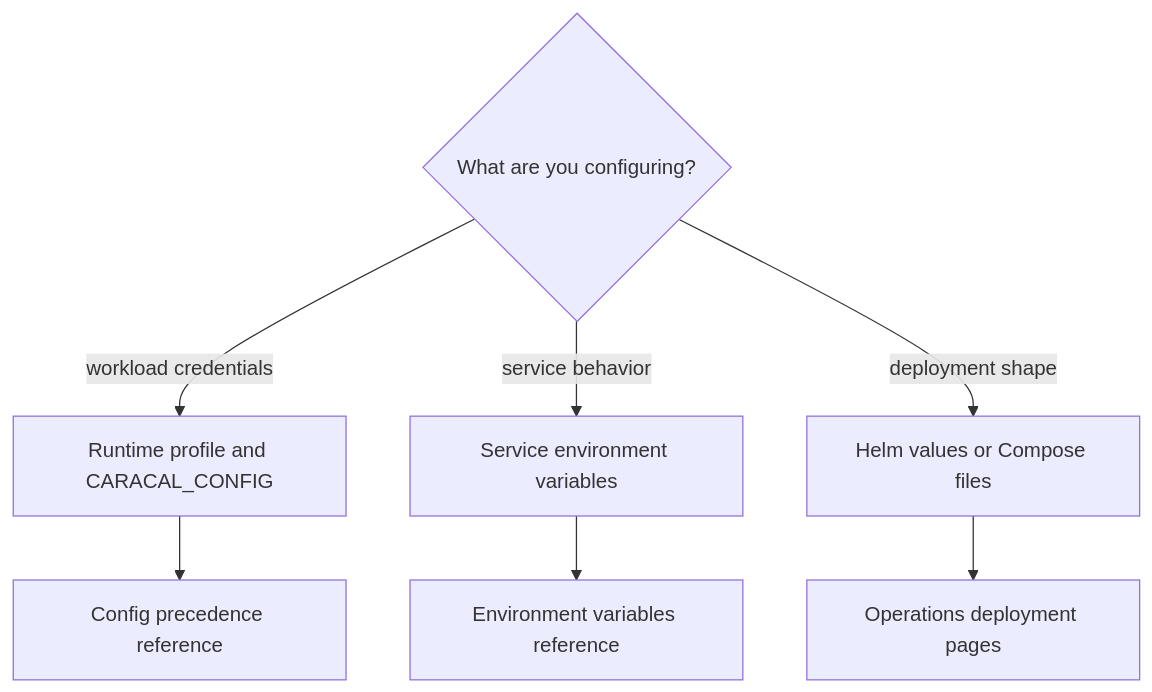
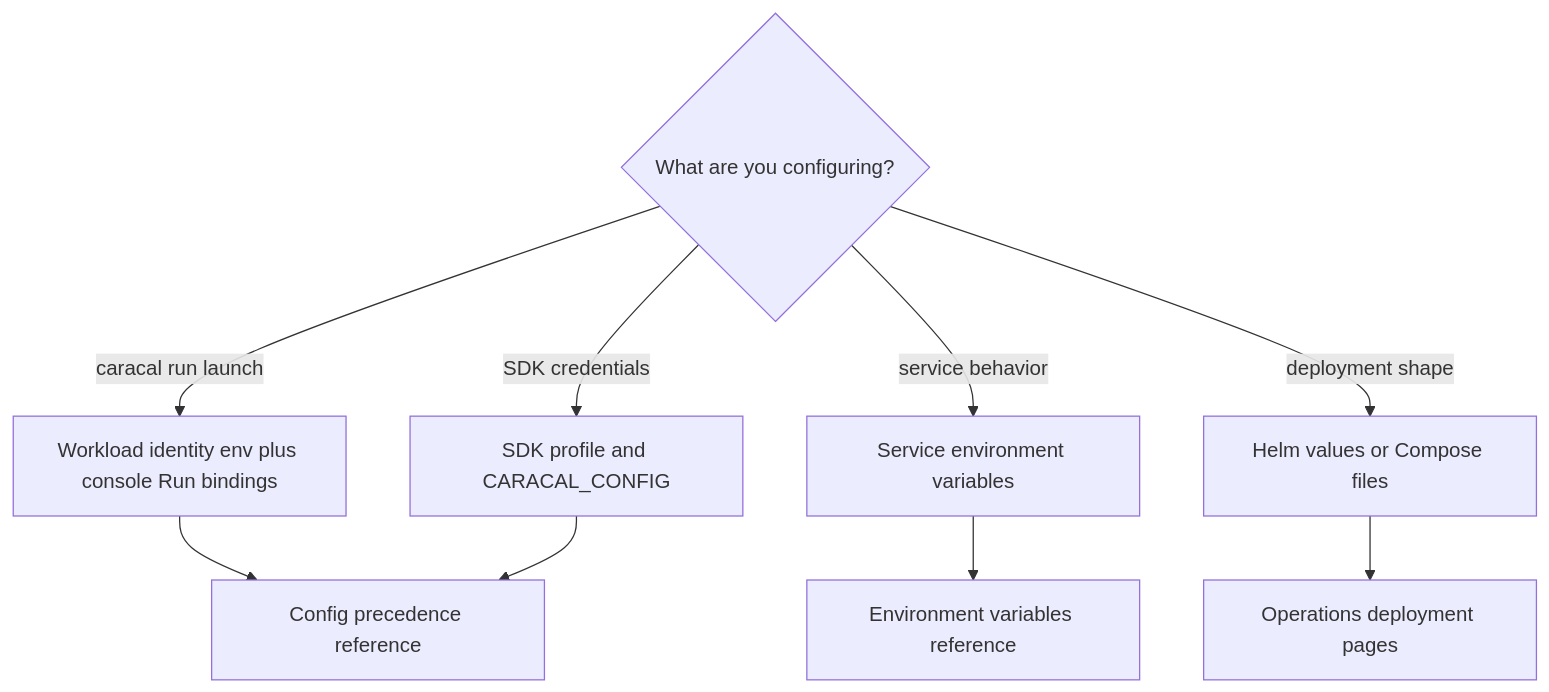
The diagram in docs/src/content/docs/reference/configuration.mdx (Garudex-Labs/caracal), drawn with Mermaid before and after one commit. The commit also changed other lines of this file and 3 other files, not shown here.

Commit message:
feat: update documentation for workload identity and configuration keys; clarify terms and improve structure

````diff
--- a/docs/src/content/docs/reference/configuration.mdx
+++ b/docs/src/content/docs/reference/configuration.mdx
@@ -15,10 +16,12 @@
 ```mermaid
 flowchart TD
   Need{What are you configuring?}
-  Need -->|workload credentials| Runtime[Runtime profile and CARACAL_CONFIG]
+  Need -->|caracal run launch| Identity[Workload identity env plus console Run bindings]
+  Need -->|SDK credentials| Profile[SDK profile and CARACAL_CONFIG]
   Need -->|service behavior| Env[Service environment variables]
   Need -->|deployment shape| Deploy[Helm values or Compose files]
-  Runtime --> Precedence[Config precedence reference]
+  Identity --> Precedence[Config precedence reference]
+  Profile --> Precedence
   Env --> Ops[Environment variables reference]
   Deploy --> Platform[Operations deployment pages]
 ```
````
